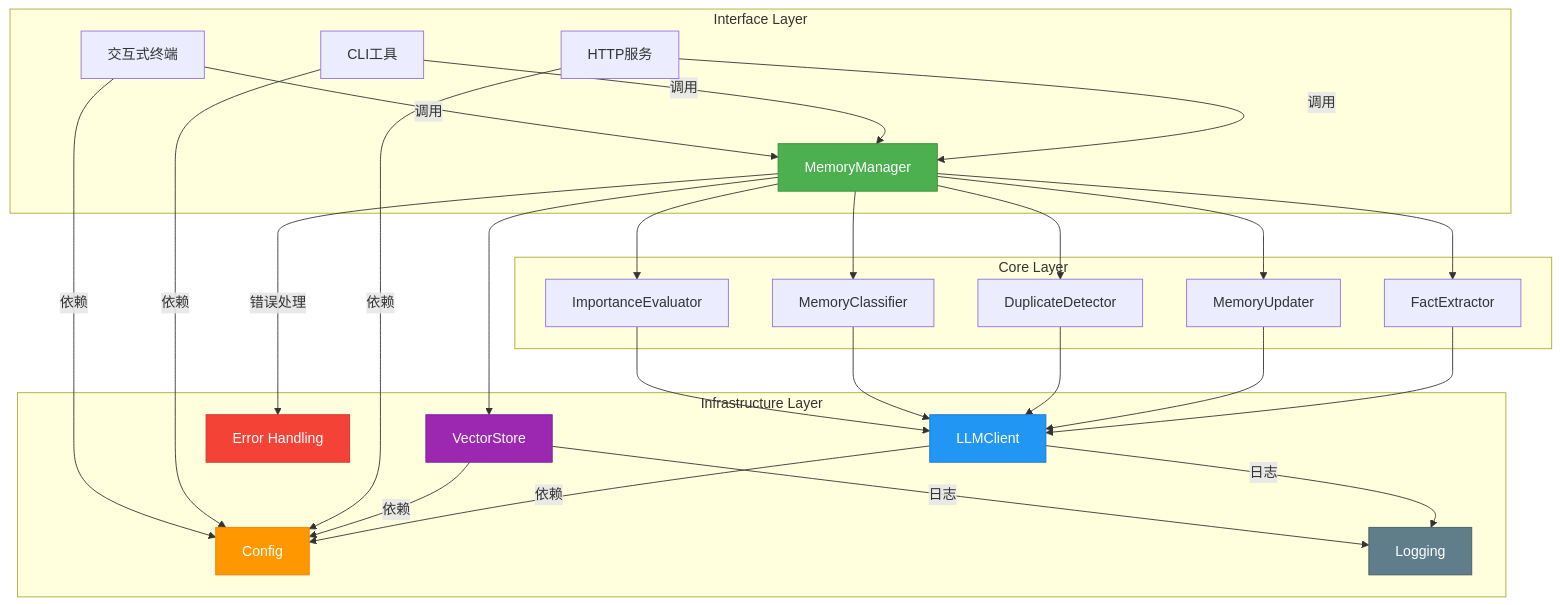
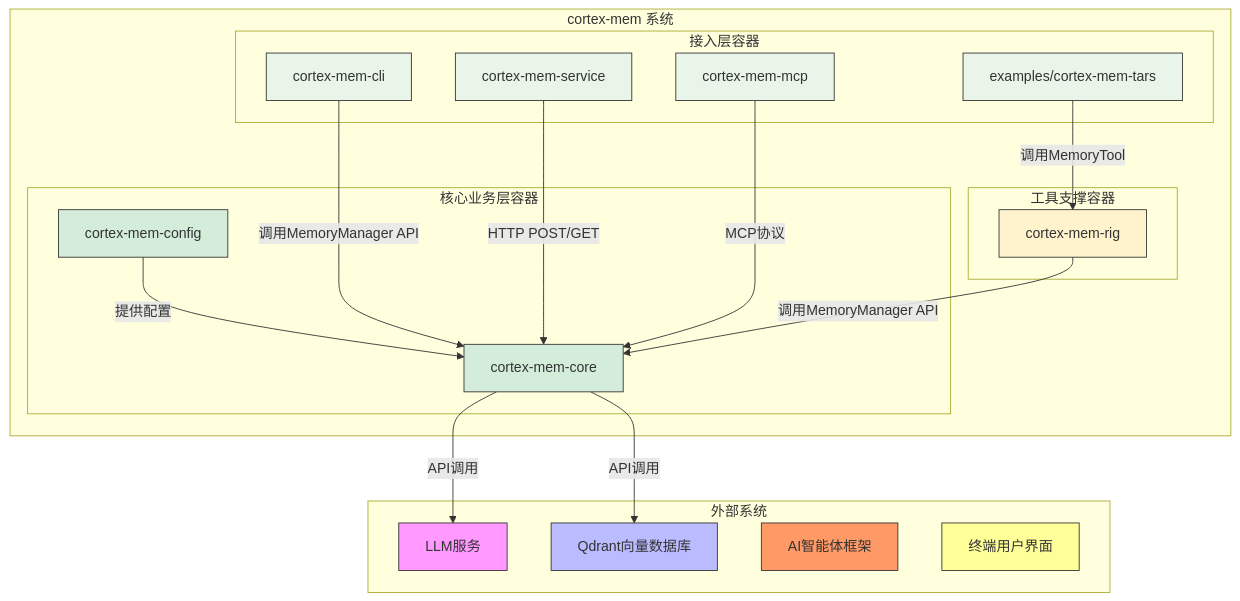
One commit to sopaco/cortex-mem changed the second of 7 diagrams in litho.docs/2、架构概览.md. Above: the diagram before and after it, drawn with Mermaid. The commit also changed other lines of this file and 18 other files, not shown here.

````diff
--- a/litho.docs/2、架构概览.md
+++ b/litho.docs/2、架构概览.md
@@ -125,40 +92,58 @@
 ```mermaid
 graph TD
-    subgraph Interface Layer
-        A[HTTP服务] -->|调用| M
-        B[CLI工具] -->|调用| M
-        C[交互式终端] -->|调用| M
+    subgraph "外部系统"
+        A[LLM服务] 
+        B[Qdrant向量数据库]
+        C[AI智能体框架]
+        D[终端用户界面]
     end
 
-    subgraph Core Layer
-        M[MemoryManager] --> F[FactExtractor]
-        M --> U[MemoryUpdater]
-        M --> D[DuplicateDetector]
-        M --> Cl[MemoryClassifier]
-        M --> I[ImportanceEvaluator]
+    subgraph "cortex-mem 系统"
+        subgraph "接入层容器"
+            E[cortex-mem-cli]
+            F[cortex-mem-service]
+            G[cortex-mem-mcp]
+            H[examples/cortex-mem-tars]
+        end
+
+        subgraph "核心业务层容器"
+            I[cortex-mem-core]
+            J[cortex-mem-config]
+        end
+
+        subgraph "工具支撑容器"
+            K[cortex-mem-rig]
+        end
     end
 
-    subgraph Infrastructure Layer
-        F --> L[LLMClient]
-        U --> L
-        D --> L
-        Cl --> L
-        I --> L
-        M --> V[VectorStore]
-        L -->|依赖| Cfg[Config]
-        V -->|依赖| Cfg
-        A -->|依赖| Cfg
-        B -->|依赖| Cfg
-        C -->|依赖| Cfg
-        L -->|日志| Log[Logging]
-        V -->|日志| Log
-        M -->|错误处理| Err[Error Handling]
-    end
+    E -->|调用MemoryManager API| I
+    F -->|HTTP POST/GET| I
+    G -->|MCP协议| I
+    H -->|调用MemoryTool| K
+    K -->|调用MemoryManager API| I
+    J -->|提供配置| I
+    I -->|API调用| A
+    I -->|API调用| B
 
-    style M fill:#4CAF50,stroke:#388E3C,color:white
-    style L fill:#2196F3,stroke:#1976D2,color:white
-    style V fill:#9C27B0,stroke:#7B1FA2,color:white
-    style Cfg fill:#FF9800,stroke:#F57C00,color:white
-    style Log fill:#607D8B,stroke:#455A64,color:white
-    style Err fill:#F44336,stroke:#D32F2F,color:white
+    style A fill:#f9f,stroke:#333
+    style B fill:#bbf,stroke:#333
+    style C fill:#f96,stroke:#333
+    style D fill:#ff9,stroke:#333
+    style E fill:#e8f5e8,stroke:#333
+    style F fill:#e8f5e8,stroke:#333
+    style G fill:#e8f5e8,stroke:#333
+    style H fill:#e8f5e8,stroke:#333
+    style I fill:#d4edda,stroke:#333
+    style J fill:#d4edda,stroke:#333
+    style K fill:#fff3cd,stroke:#333
+
+    classDef access fill:#e8f5e8,stroke:#333;
+    classDef core fill:#d4edda,stroke:#333;
+    classDef support fill:#fff3cd,stroke:#333;
+    classDef external fill:#f9f,stroke:#333;
+
+    class E,F,G,H access
+    class I,J core
+    class K support
+    class A,B,C,D external
 ```
````
